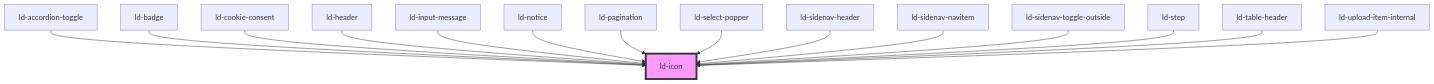
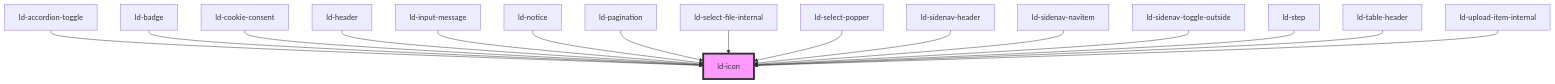
Before and after one commit to emdgroup-liquid/liquid: the diagram in src/liquid/components/ld-icon/readme.md, drawn with Mermaid. The commit also changed other lines of this file and 8 other files, not shown here.

````diff
--- a/src/liquid/components/ld-icon/readme.md
+++ b/src/liquid/components/ld-icon/readme.md
@@ -387,18 +388,19 @@
 ```mermaid
 graph TD;
   ld-accordion-toggle --> ld-icon
   ld-badge --> ld-icon
   ld-cookie-consent --> ld-icon
   ld-header --> ld-icon
   ld-input-message --> ld-icon
   ld-notice --> ld-icon
   ld-pagination --> ld-icon
+  ld-select-file-internal --> ld-icon
   ld-select-popper --> ld-icon
   ld-sidenav-header --> ld-icon
   ld-sidenav-navitem --> ld-icon
   ld-sidenav-toggle-outside --> ld-icon
   ld-step --> ld-icon
   ld-table-header --> ld-icon
   ld-upload-item-internal --> ld-icon
   style ld-icon fill:#f9f,stroke:#333,stroke-width:4px
 ```
````
